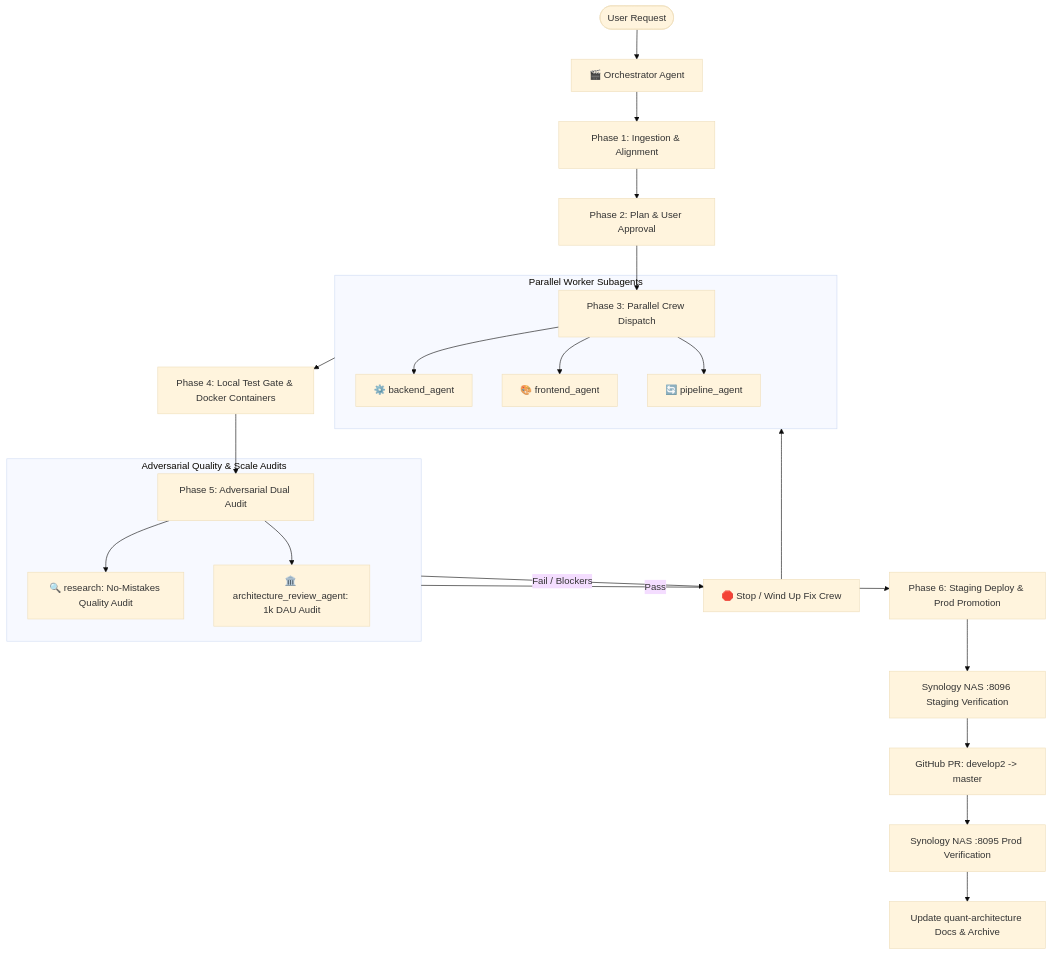
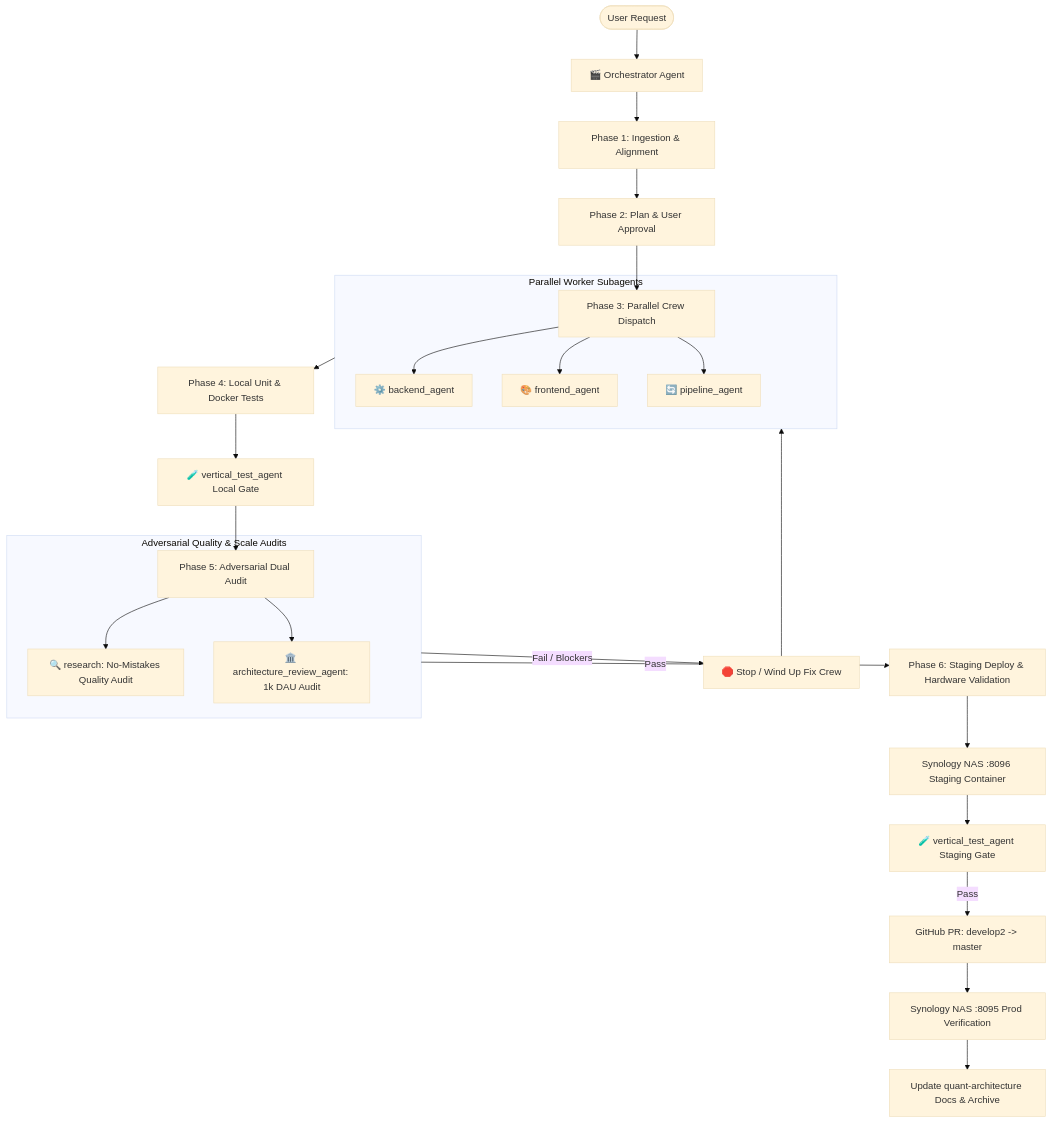
The diagram in .agents/agents/orchestrator/agent.md (synology-dev-projects/quant-architecture), drawn with Mermaid (base theme) before and after one commit. The commit also changed 2 other files, not shown here.

Commit message:
feat(agents): register vertical_test_agent and integrate Dual-Gate execution into feature development protocol

````diff
--- a/.agents/agents/orchestrator/agent.md
+++ b/.agents/agents/orchestrator/agent.md
@@ -14,29 +14,31 @@
 ```mermaid
 flowchart TD
     User([User Request]) --> Orch[🎬 Orchestrator Agent]
     Orch --> P1[Phase 1: Ingestion & Alignment]
     P1 --> P2[Phase 2: Plan & User Approval]
     P2 --> P3[Phase 3: Parallel Crew Dispatch]
     
     subgraph ParallelWorkers [Parallel Worker Subagents]
         P3 --> BE[⚙️ backend_agent]
         P3 --> FE[🎨 frontend_agent]
         P3 --> DE[🔄 pipeline_agent]
     end
     
-    ParallelWorkers --> P4[Phase 4: Local Test Gate & Docker Containers]
-    P4 --> P5[Phase 5: Adversarial Dual Audit]
+    ParallelWorkers --> P4[Phase 4: Local Unit & Docker Tests]
+    P4 --> V4[🧪 vertical_test_agent Local Gate]
+    V4 --> P5[Phase 5: Adversarial Dual Audit]
     
     subgraph DualAudits [Adversarial Quality & Scale Audits]
         P5 --> QA[🔍 research: No-Mistakes Quality Audit]
         P5 --> ARCH[🏛️ architecture_review_agent: 1k DAU Audit]
     end
     
     DualAudits -->|Fail / Blockers| Fix[🛑 Stop / Wind Up Fix Crew]
     Fix --> ParallelWorkers
-    DualAudits -->|Pass| P6[Phase 6: Staging Deploy & Prod Promotion]
-    P6 --> NAS_Staging[Synology NAS :8096 Staging Verification]
-    NAS_Staging --> PR[GitHub PR: develop2 -> master]
+    DualAudits -->|Pass| P6[Phase 6: Staging Deploy & Hardware Validation]
+    P6 --> NAS_Staging[Synology NAS :8096 Staging Container]
+    NAS_Staging --> V6[🧪 vertical_test_agent Staging Gate]
+    V6 -->|Pass| PR[GitHub PR: develop2 -> master]
     PR --> NAS_Prod[Synology NAS :8095 Prod Verification]
     NAS_Prod --> Docs[Update quant-architecture Docs & Archive]
 ```
````
